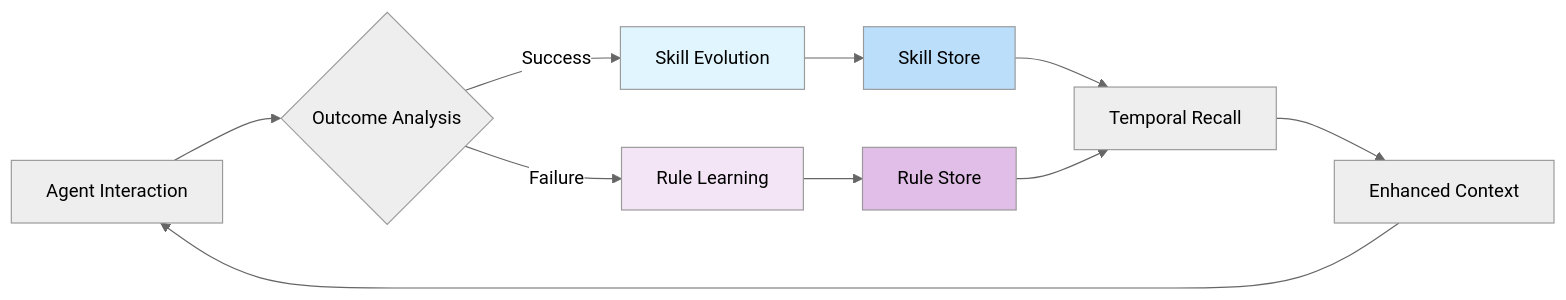
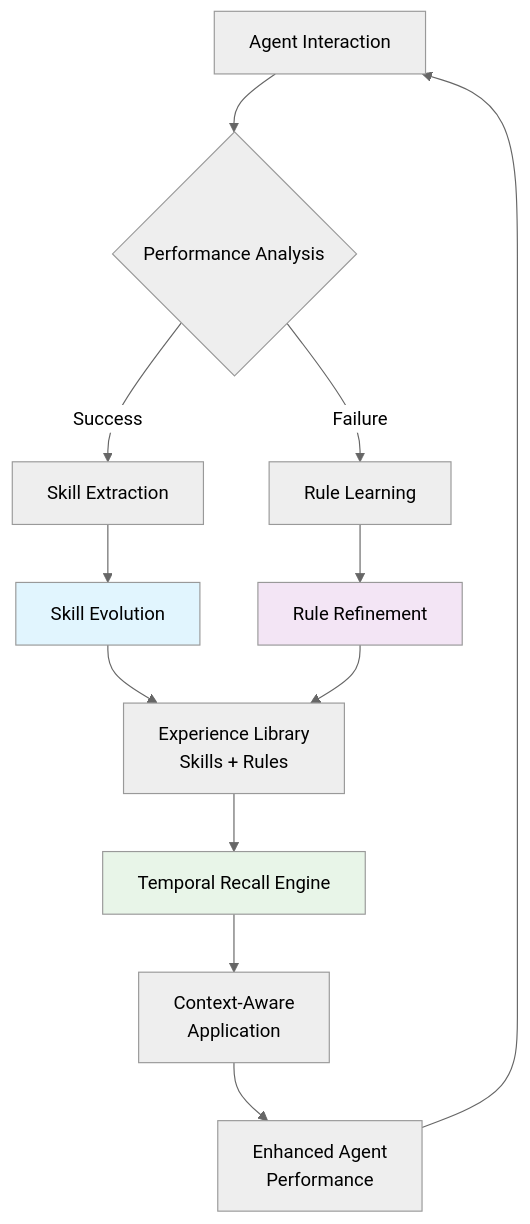
Before and after one commit to TiMEM-AI/TiMEM-Evolve: the diagram in README.md, drawn with Mermaid (neutral theme). The commit also changed other lines of this file, not shown here.

````diff
--- a/README.md
+++ b/README.md
@@ -280,17 +87,21 @@
 ```mermaid
-graph LR
-    A[Agent Interaction] --> B{Outcome Analysis}
-    B -->|Success| C[Skill Evolution]
+graph TB
+    A[Agent Interaction] --> B{Performance Analysis}
+    B -->|Success| C[Skill Extraction]
     B -->|Failure| D[Rule Learning]
-    C --> E[Skill Store]
-    D --> F[Rule Store]
-    E --> G[Temporal Recall]
+    
+    C --> E[Skill Evolution]
+    D --> F[Rule Refinement]
+    
+    E --> G[Experience Library<br/>Skills + Rules]
     F --> G
-    G --> H[Enhanced Context]
-    H --> A
     
-    style C fill:#e1f5fe
-    style D fill:#f3e5f5
-    style E fill:#bbdefb
-    style F fill:#e1bee7
+    G --> H[Temporal Recall Engine]
+    H --> I[Context-Aware<br/>Application]
+    I --> J[Enhanced Agent<br/>Performance]
+    J --> A
+    
+    style E fill:#e1f5fe
+    style F fill:#f3e5f5
+    style H fill:#e8f5e8
 ```
````
